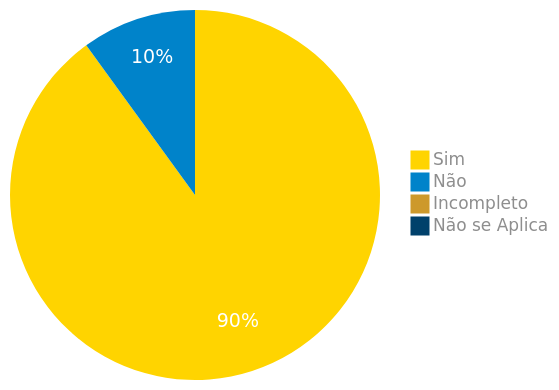
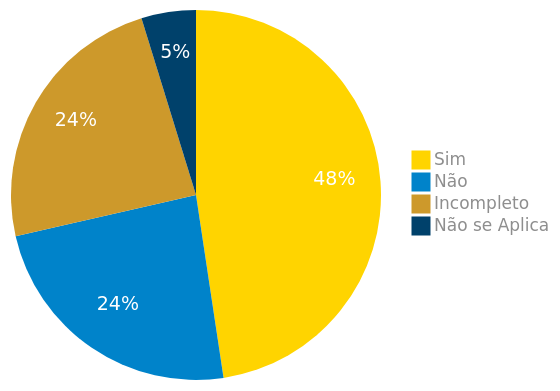
One commit to Requisitos-de-Software/2024.1-Serasa changed the diagram in docs/verificacao/grupo/modelagem/casos_de_uso/Rastrear_encomendas.md. Above: the diagram before and after it, drawn with Mermaid. The commit also changed other lines of this file and 6 other files, not shown here.

````diff
--- a/docs/verificacao/grupo/modelagem/casos_de_uso/Rastrear_encomendas.md
+++ b/docs/verificacao/grupo/modelagem/casos_de_uso/Rastrear_encomendas.md
@@ -81,24 +75,24 @@
 ``` mermaid
 %%{
   init: {
     'theme': 'base',
     'themeVariables': {
         'primaryColor': '#FFD400',
         'secondaryColor': '#0083CA',
         'tertiaryColor': '#CD992B',
         'pie4': '#00416B',
         'primaryTextColor': '#8e8e8e',
         'pieStrokeWidth': '0px',
         'pieOuterStrokeWidth': '0px',
         'pieOpacity': '1',
         'pieSectionTextColor': '#fff',
         'pieSectionTextSize': '19px'
     }
   }
 }%%
 pie
-    "Sim" : 9
-    "Não" : 1
-    "Incompleto" : 0
-    "Não se Aplica" : 0
+    "Sim" : 10
+    "Não" : 5
+    "Incompleto" : 5
+    "Não se Aplica" : 1
 ```
````
